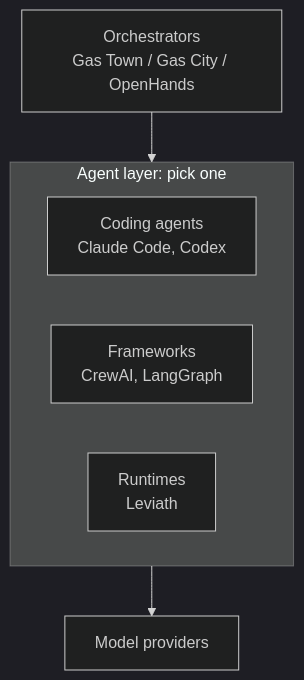
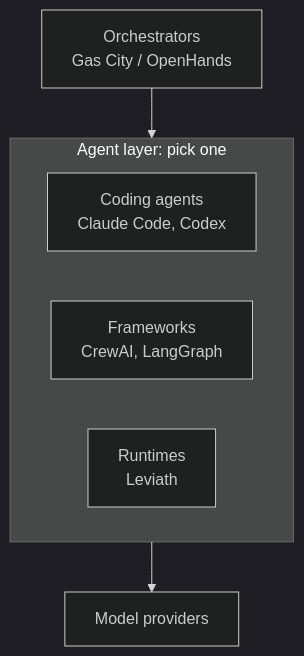
One commit to GEMISIS/leviath changed the diagram in docs/content/comparison.md. Above: the diagram before and after it, drawn with Mermaid (dark theme). The commit also changed other lines of this file and 16 other files, not shown here.

````diff
--- a/docs/content/comparison.md
+++ b/docs/content/comparison.md
@@ -24,11 +24,11 @@
 ```mermaid
 flowchart TD
-  ORCH["Orchestrators<br/>Gas Town / Gas City / OpenHands"]
+  ORCH["Orchestrators<br/>Gas City / OpenHands"]
   ORCH --> AGENTS["Agent layer"]
   subgraph AGENTS["Agent layer: pick one"]
     CC["Coding agents<br/>Claude Code, Codex"]
     FW["Frameworks<br/>CrewAI, LangGraph"]
     LEV["Runtimes<br/>Leviath"]
   end
   AGENTS --> M["Model providers"]
 ```
````
